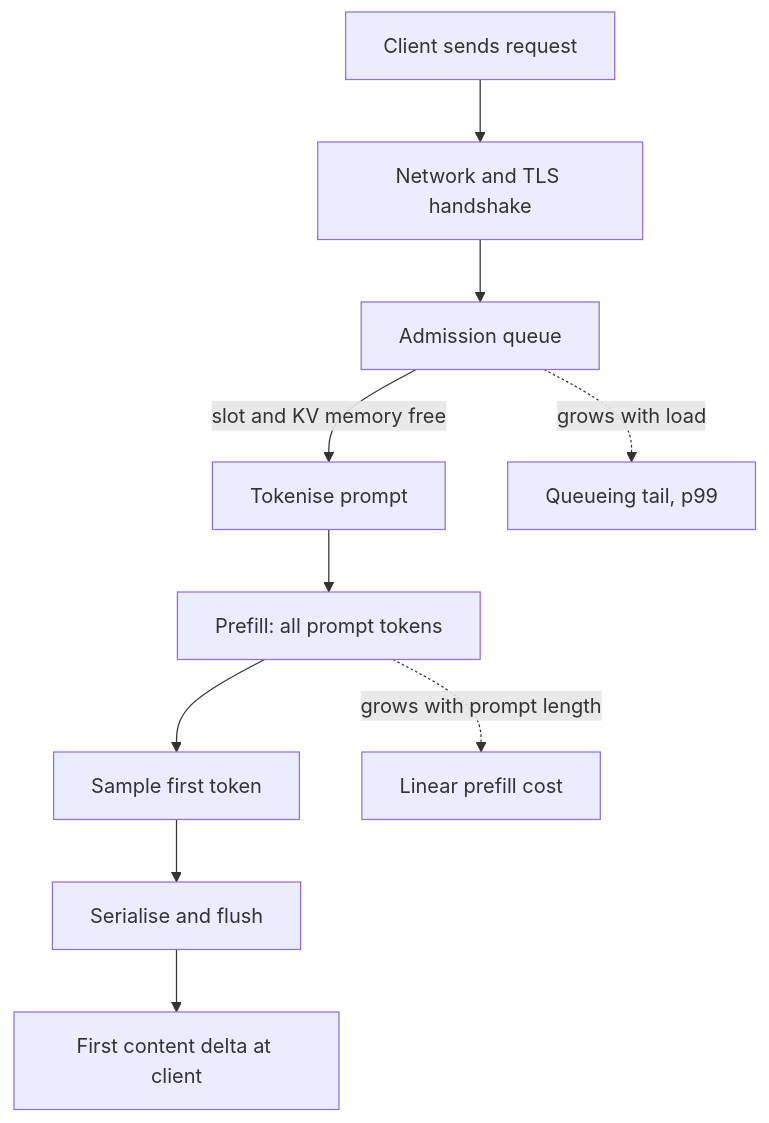
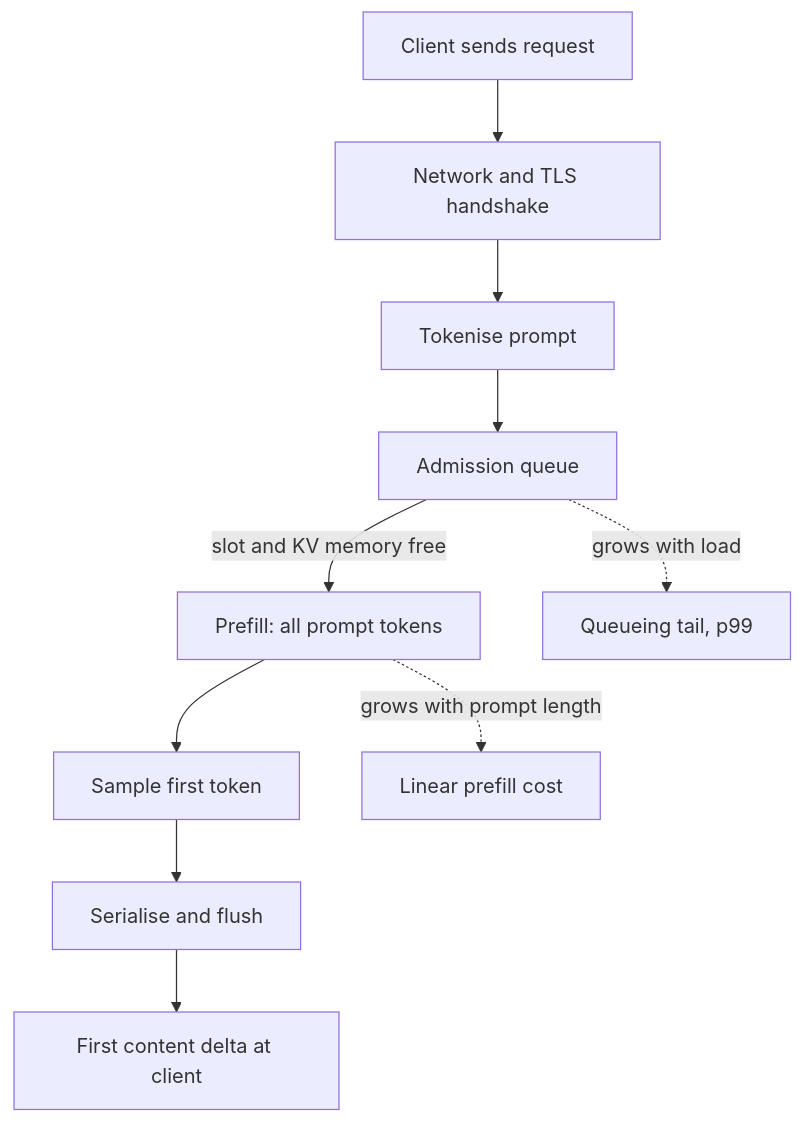
The diagram in content/serving-inference/ttft.md (lovishmahajan97/agentic-learning), drawn with Mermaid before and after one commit. The commit also changed other lines of this file and 213 other files, not shown here.

````diff
--- a/content/serving-inference/ttft.md
+++ b/content/serving-inference/ttft.md
@@ -113,12 +114,12 @@
 ```mermaid
 flowchart TD
     A["Client sends request"] --> B["Network and TLS handshake"]
-    B --> C["Admission queue"]
-    C -->|"slot and KV memory free"| D["Tokenise prompt"]
-    D --> E["Prefill: all prompt tokens"]
+    B --> D["Tokenise prompt"]
+    D --> C["Admission queue"]
+    C -->|"slot and KV memory free"| E["Prefill: all prompt tokens"]
     E --> F["Sample first token"]
     F --> G["Serialise and flush"]
     G --> H["First content delta at client"]
     C -.->|"grows with load"| Q["Queueing tail, p99"]
     E -.->|"grows with prompt length"| R["Linear prefill cost"]
 ```
````
